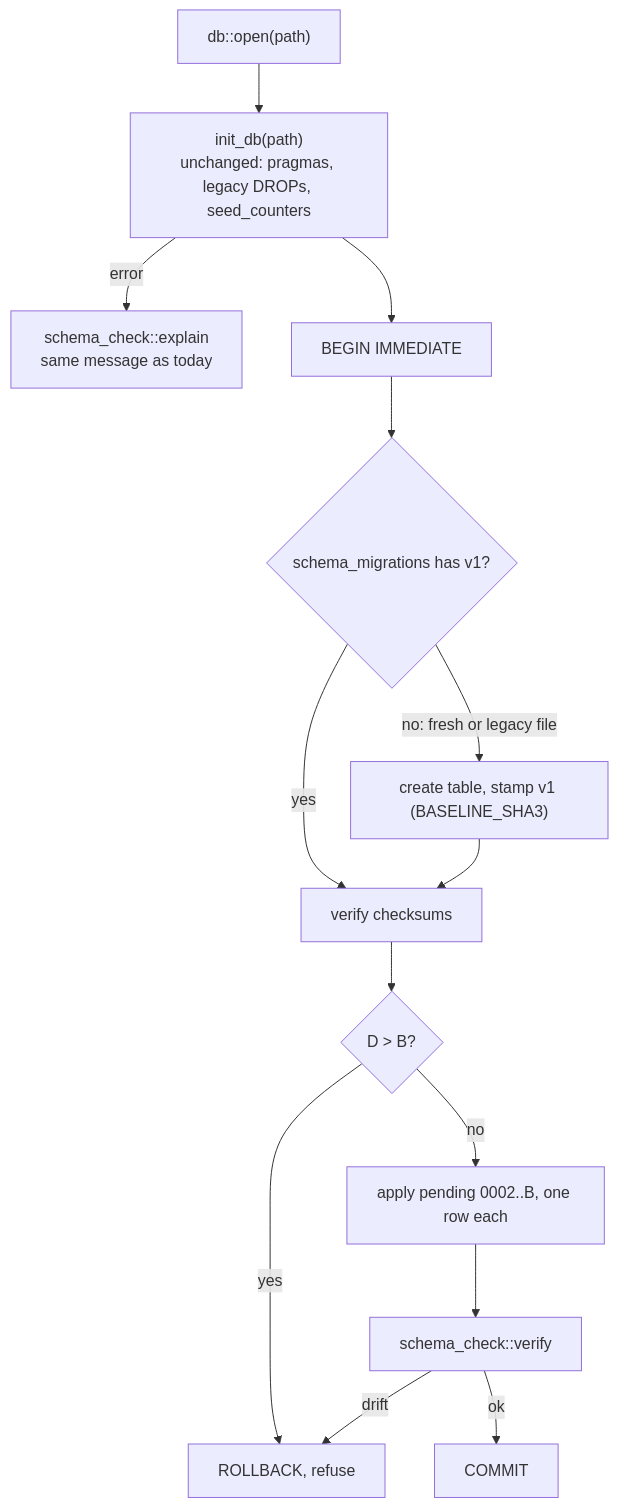
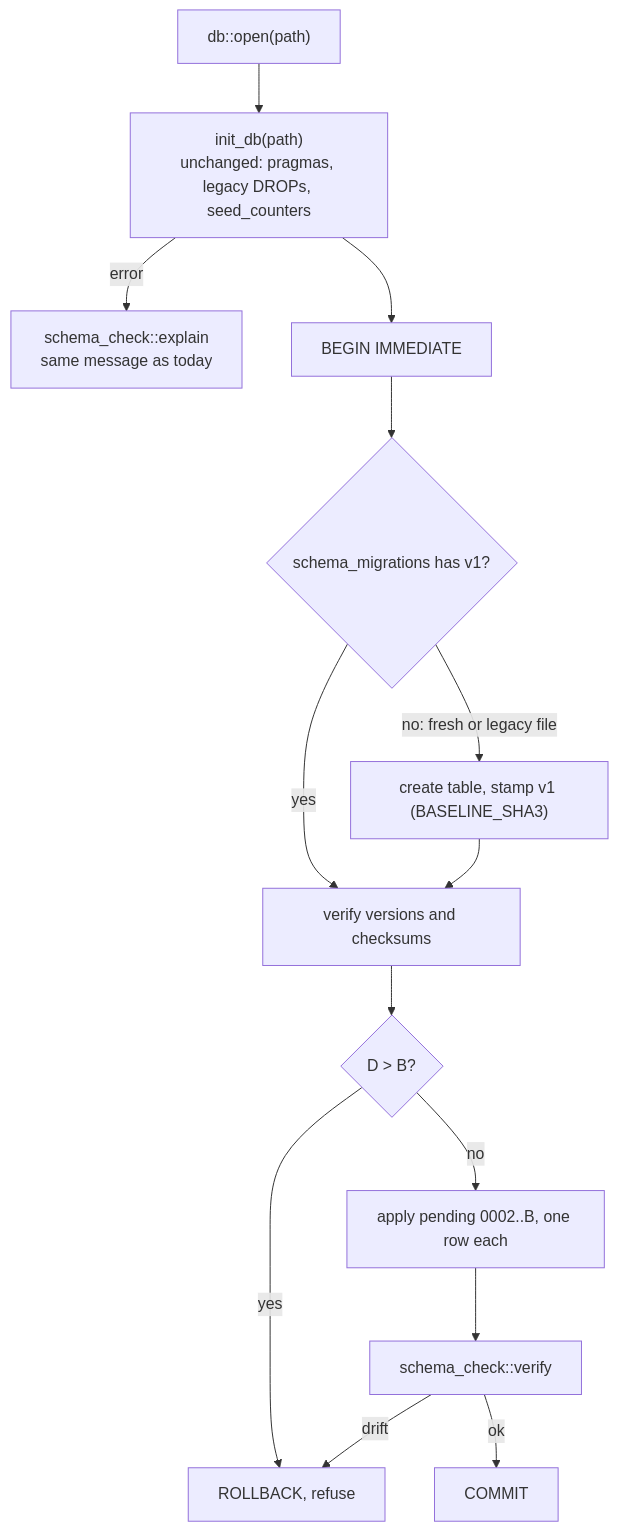
Before and after one commit to BigtoMantraDev/nvnm-chain-explorer: the first of 4 diagrams in docs/superpowers/specs/2026-10-03-postgres-backend-design.md, drawn with Mermaid. The commit also changed other lines of this file and 7 other files, not shown here.

````diff
--- a/docs/superpowers/specs/2026-10-03-postgres-backend-design.md
+++ b/docs/superpowers/specs/2026-10-03-postgres-backend-design.md
@@ -715,16 +715,16 @@
 ```mermaid
 flowchart TD
     A["db::open(path)"] --> B["init_db(path)<br/>unchanged: pragmas, legacy DROPs, seed_counters"]
     B -->|error| X["schema_check::explain<br/>same message as today"]
     B --> C["BEGIN IMMEDIATE"]
     C --> D{"schema_migrations has v1?"}
     D -->|"no: fresh or legacy file"| E["create table, stamp v1 (BASELINE_SHA3)"]
-    D -->|yes| F["verify checksums"]
+    D -->|yes| F["verify versions and checksums"]
     E --> F
     F --> G{"D > B?"}
     G -->|yes| R["ROLLBACK, refuse"]
     G -->|no| H["apply pending 0002..B, one row each"]
     H --> I["schema_check::verify"]
     I -->|drift| R
     I -->|ok| J["COMMIT"]
 ```
````
